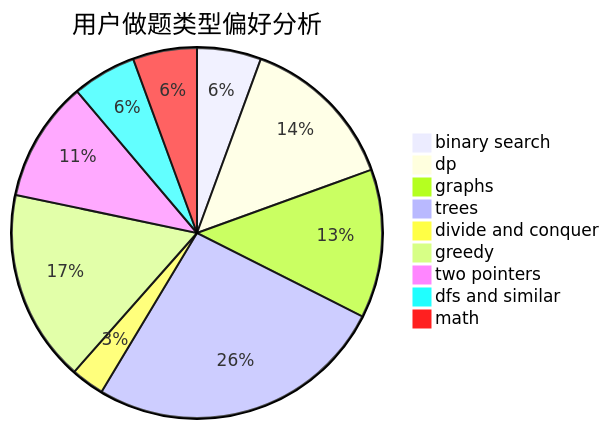
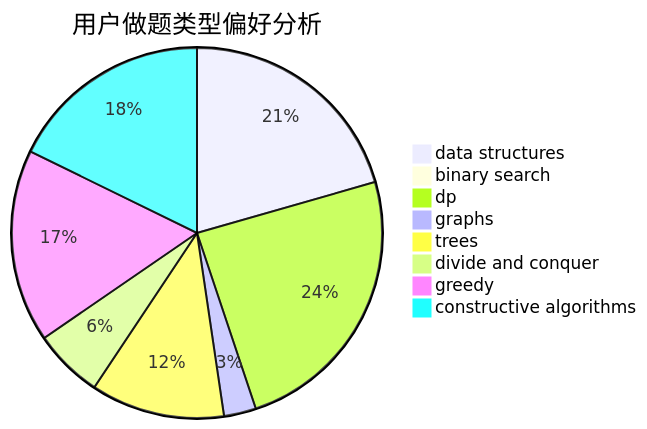
The second of 3 diagrams in docs/user/u1899.md (sherpahu/cfrs.github.io), drawn with Mermaid before and after one commit. The commit also changed other lines of this file and 2775 other files, not shown here.

````diff
--- a/docs/user/u1899.md
+++ b/docs/user/u1899.md
@@ -23,12 +23,11 @@
 ```mermaid
 pie title 用户做题类型偏好分析
-    "binary search" :  25
-    "dp" :  62
-    "graphs" :  58
-    "trees" :  117
+    "data structures" :  44
+    "binary search" :  0
+    "dp" :  52
+    "graphs" :  6
+    "trees" :  25
     "divide and conquer" :  13
-    "greedy" :  75
-    "two pointers" :  47
-    "dfs and similar" :  25
-    "math" :  25
+    "greedy" :  36
+    "constructive algorithms" :  38
 ```
````
